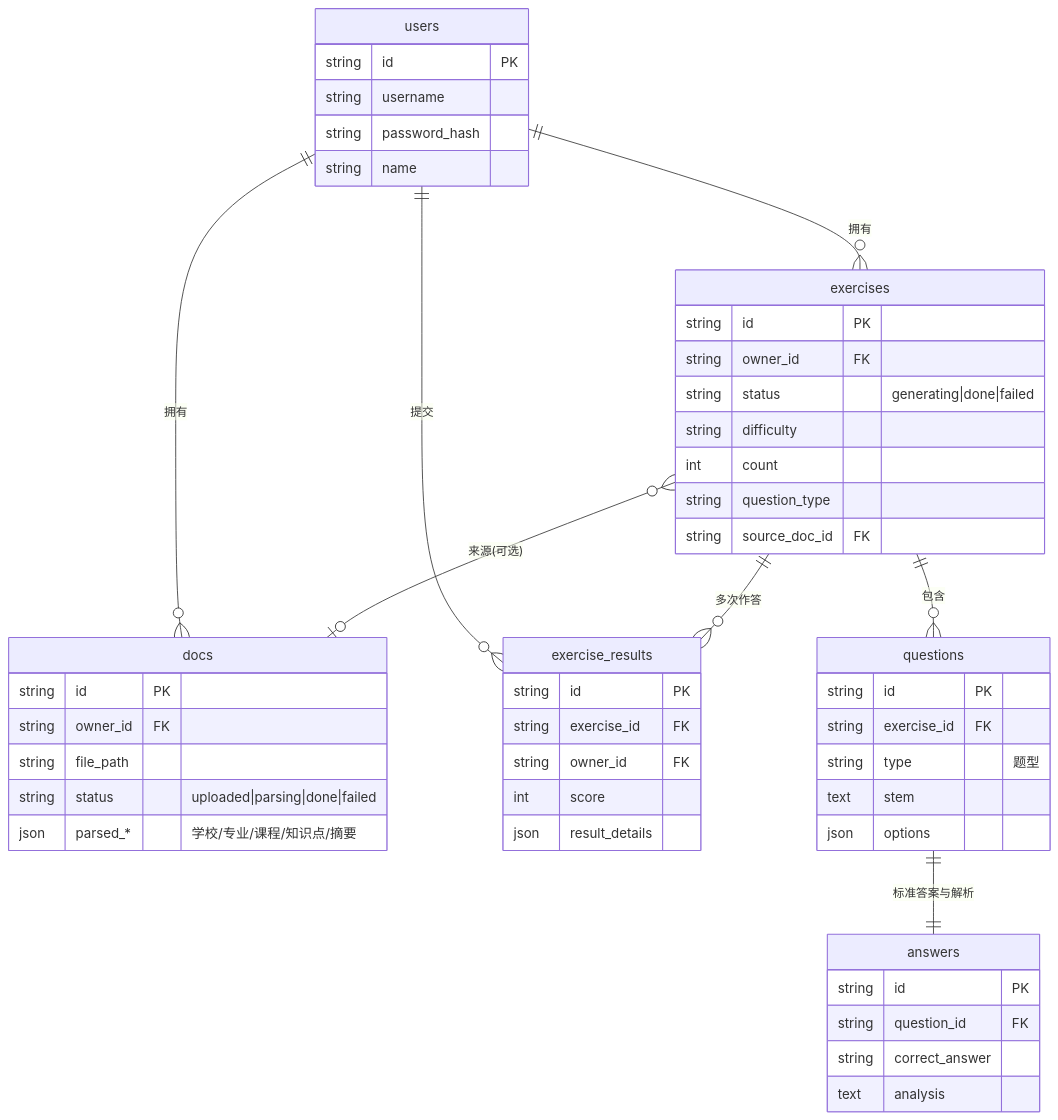
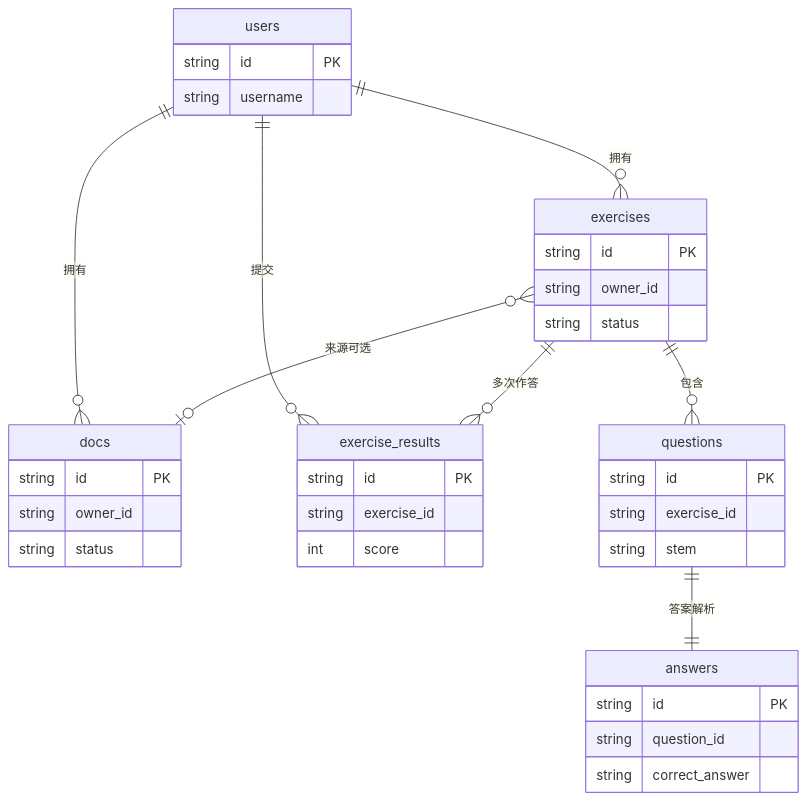
One commit to lazy233/lumist_examAgent_backend changed the second of 9 diagrams in docs/architecture.md. Above: the diagram before and after it, drawn with Mermaid. The commit also changed other lines of this file, not shown here.

Commit message:
docs: 浓缩架构文档中的 Mermaid 图

````diff
--- a/docs/architecture.md
+++ b/docs/architecture.md
@@ -84,60 +53,16 @@
 ```mermaid
 erDiagram
-    users ||--o{ docs : "拥有"
-    users ||--o{ exercises : "拥有"
-    users ||--o{ exercise_results : "提交"
-
-    exercises ||--o{ questions : "包含"
-    exercises }o--o| docs : "来源(可选)"
-
-    questions ||--|| answers : "标准答案与解析"
-    exercises ||--o{ exercise_results : "多次作答"
-
-    users {
-        string id PK
-        string username
-        string password_hash
-        string name
-    }
-
-    docs {
-        string id PK
-        string owner_id FK
-        string file_path
-        string status "uploaded|parsing|done|failed"
-        json parsed_* "学校/专业/课程/知识点/摘要"
-    }
-
-    exercises {
-        string id PK
-        string owner_id FK
-        string status "generating|done|failed"
-        string difficulty
-        int count
-        string question_type
-        string source_doc_id FK
-    }
-
-    questions {
-        string id PK
-        string exercise_id FK
-        string type "题型"
-        text stem
-        json options
-    }
-
-    answers {
-        string id PK
-        string question_id FK
-        string correct_answer
-        text analysis
-    }
-
-    exercise_results {
-        string id PK
-        string exercise_id FK
-        string owner_id FK
-        int score
-        json result_details
-    }
+    users ||--o{ docs : 拥有
+    users ||--o{ exercises : 拥有
+    users ||--o{ exercise_results : 提交
+    exercises ||--o{ questions : 包含
+    exercises }o--o| docs : 来源可选
+    questions ||--|| answers : 答案解析
+    exercises ||--o{ exercise_results : 多次作答
+    users { string id PK string username }
+    docs { string id PK string owner_id string status }
+    exercises { string id PK string owner_id string status }
+    questions { string id PK string exercise_id string stem }
+    answers { string id PK string question_id string correct_answer }
+    exercise_results { string id PK string exercise_id int score }
 ```
````
